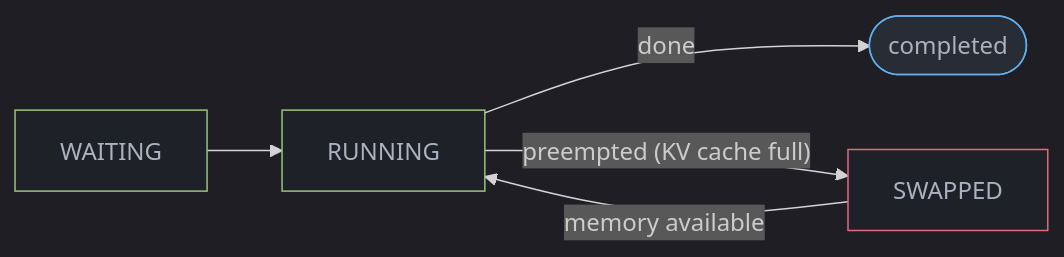
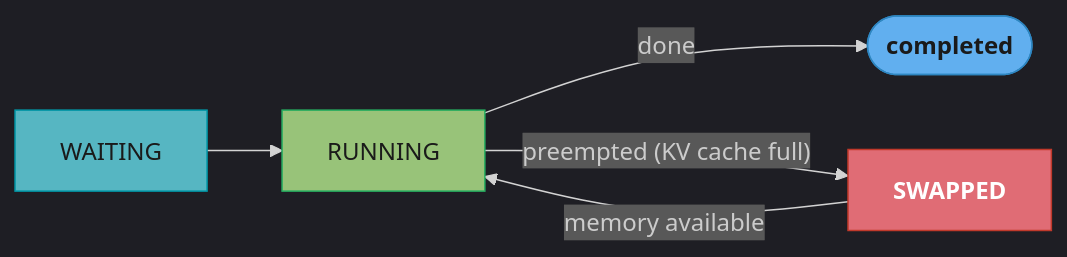
Before and after one commit to rppol/system-design: the diagram in src/main/java/com/rutik/systemdesign/llm/vllm_deep_dive/README.md, drawn with Mermaid. The commit also changed 88 other files, not shown here.

````diff
--- a/src/main/java/com/rutik/systemdesign/llm/vllm_deep_dive/README.md
+++ b/src/main/java/com/rutik/systemdesign/llm/vllm_deep_dive/README.md
@@ -182,18 +182,21 @@
 ```mermaid
 %%{init: {'flowchart': {'curve': 'basis'}, 'theme': 'dark'}}%%
 flowchart LR
+    classDef io      fill:#61afef,stroke:#2e86c1,color:#1a1a1a,font-weight:bold
+    classDef frozen  fill:#c678dd,stroke:#9b59b6,color:#fff
+    classDef train   fill:#98c379,stroke:#27ae60,color:#1a1a1a
+    classDef mathOp  fill:#d19a66,stroke:#e67e22,color:#1a1a1a,font-weight:bold
+    classDef lossN   fill:#e06c75,stroke:#c0392b,color:#fff,font-weight:bold
+    classDef req     fill:#56b6c2,stroke:#0097a7,color:#1a1a1a
+    classDef base    fill:#e5c07b,stroke:#f39c12,color:#1a1a1a
+
     WAITING --> RUNNING
     RUNNING -- "done" --> Done([completed])
     RUNNING -- "preempted (KV cache full)" --> SWAPPED
     SWAPPED -- "memory available" --> RUNNING
 
-    classDef io     fill:#282c34,stroke:#61afef,color:#abb2bf
-    classDef proc   fill:#1e2127,stroke:#98c379,color:#abb2bf
-    classDef store  fill:#1e2127,stroke:#56b6c2,color:#abb2bf
-    classDef warn   fill:#1e2127,stroke:#e06c75,color:#abb2bf
-
+    class WAITING req
+    class RUNNING train
+    class SWAPPED lossN
     class Done io
-    class WAITING proc
-    class RUNNING proc
-    class SWAPPED warn
 ```
````
